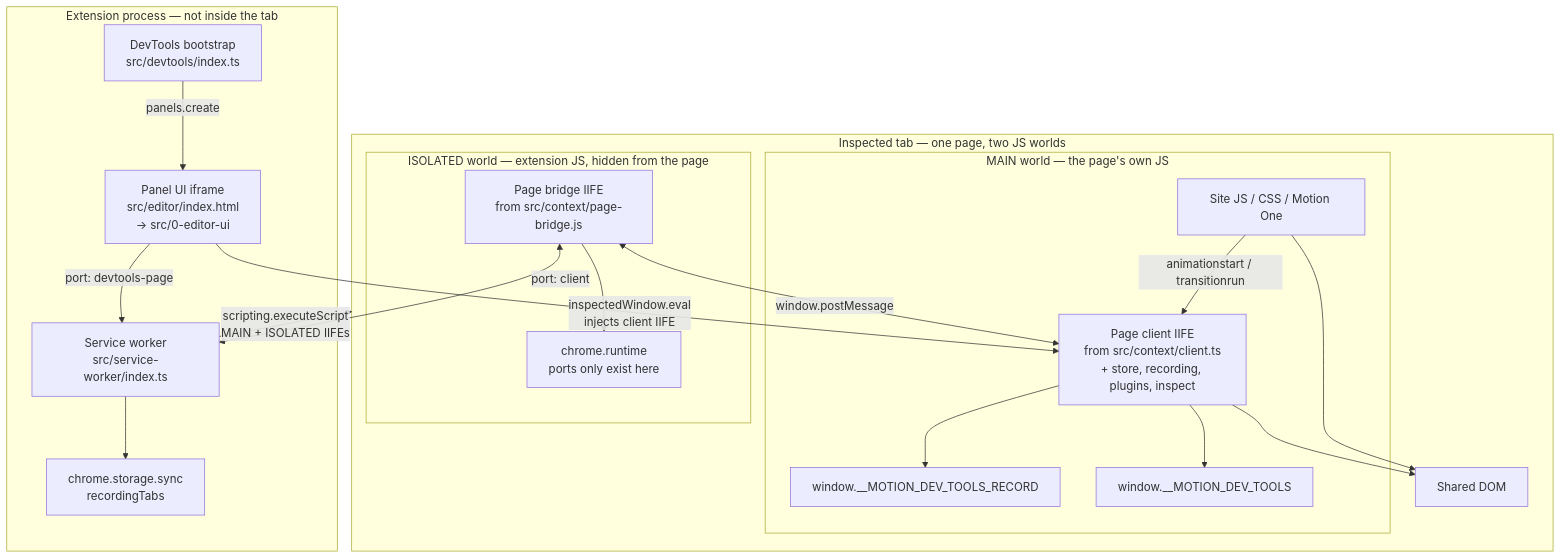
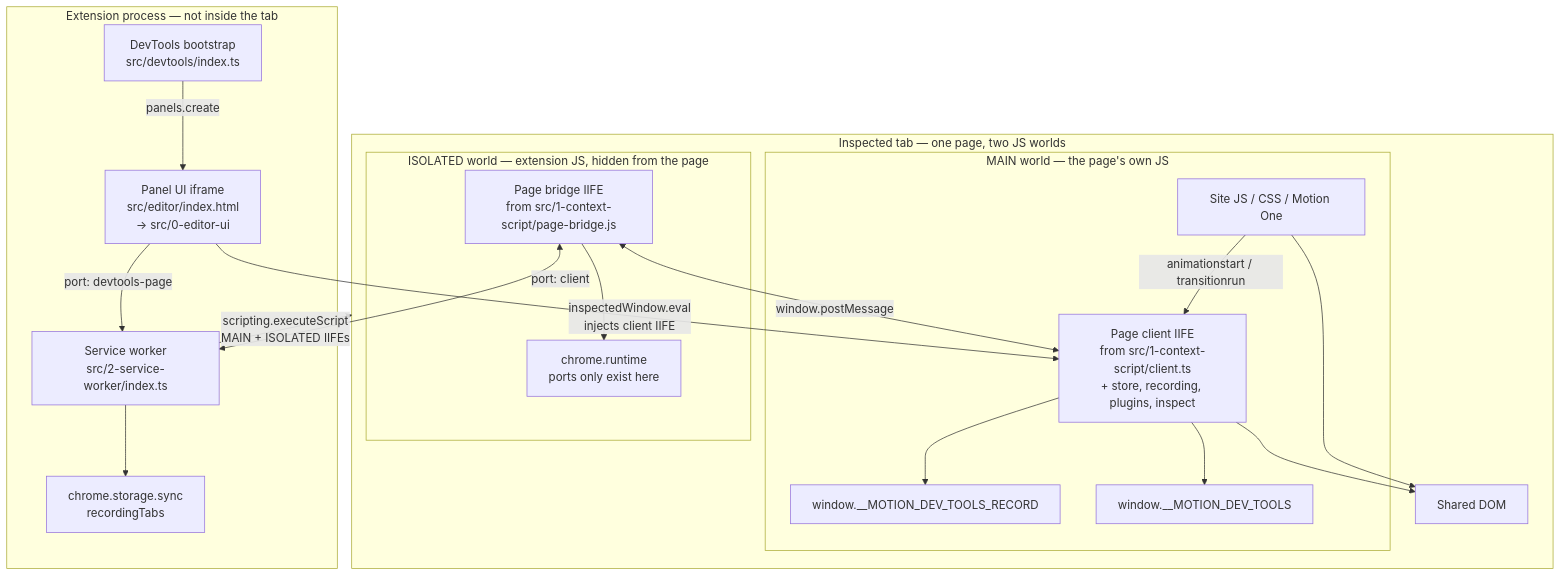
The first of 5 diagrams in assets/docs/2026.09.12.26, 1, page_animation_inject.md (maxzz/transitions-chrome), drawn with Mermaid before and after one commit. The commit also changed other lines of this file and 25 other files, not shown here.

Commit message:
WIP. code review. 2 move ui to "1-context-script"

````diff
--- a/assets/docs/2026.09.12.26, 1, page_animation_inject.md
+++ b/assets/docs/2026.09.12.26, 1, page_animation_inject.md
@@ -232,39 +232,39 @@
 ```mermaid
 flowchart TB
   subgraph InspectedTab["Inspected tab — one page, two JS worlds"]
     subgraph MainWorld["MAIN world — the page's own JS"]
       SiteJS["Site JS / CSS / Motion One"]
-      Client["Page client IIFE<br/>from src/context/client.ts<br/>+ store, recording, plugins, inspect"]
+      Client["Page client IIFE<br/>from src/1-context-script/client.ts<br/>+ store, recording, plugins, inspect"]
       Hook["window.__MOTION_DEV_TOOLS_RECORD"]
       Flags["window.__MOTION_DEV_TOOLS"]
       SiteJS -->|"animationstart / transitionrun"| Client
       Client --> Hook
       Client --> Flags
     end
 
     subgraph IsolatedWorld["ISOLATED world — extension JS, hidden from the page"]
-      Bridge["Page bridge IIFE<br/>from src/context/page-bridge.js"]
+      Bridge["Page bridge IIFE<br/>from src/1-context-script/page-bridge.js"]
       ChromeAPI["chrome.runtime<br/>ports only exist here"]
       Bridge --> ChromeAPI
     end
 
     DOM["Shared DOM"]
     SiteJS --> DOM
     Client --> DOM
   end
 
   subgraph ExtProcess["Extension process — not inside the tab"]
-    SW["Service worker<br/>src/service-worker/index.ts"]
+    SW["Service worker<br/>src/2-service-worker/index.ts"]
     DT["DevTools bootstrap<br/>src/devtools/index.ts"]
     Editor["Panel UI iframe<br/>src/editor/index.html<br/>→ src/0-editor-ui"]
     Storage["chrome.storage.sync<br/>recordingTabs"]
     DT -->|"panels.create"| Editor
     Editor -->|"port: devtools-page"| SW
     SW --> Storage
   end
 
   Bridge <-->|"window.postMessage"| Client
   Bridge <-->|"port: client"| SW
   Editor -->|"inspectedWindow.eval<br/>injects client IIFE"| Client
   SW -->|"scripting.executeScript<br/>MAIN + ISOLATED IIFEs"| InspectedTab
 ```
````
